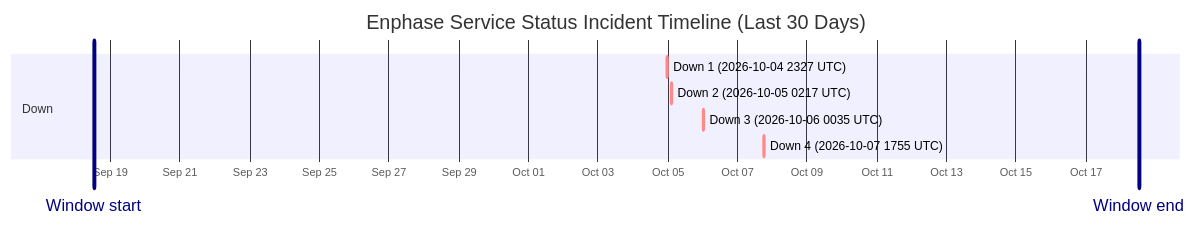
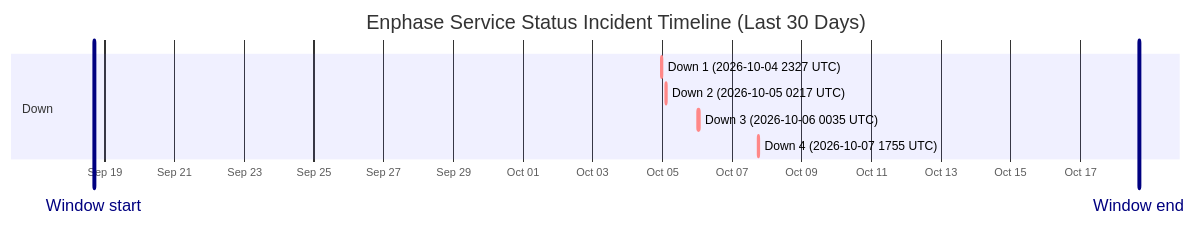
The diagram in wiki/Service-Status-History.md (barneyonline/ha-enphase-energy), drawn with Mermaid before and after one commit. The commit also changed other lines of this file and 3 other files, not shown here.

````diff
--- a/wiki/Service-Status-History.md
+++ b/wiki/Service-Status-History.md
@@ -14,13 +14,13 @@
 ```mermaid
 gantt
     title Enphase Service Status Incident Timeline (Last 30 Days)
     dateFormat  YYYY-MM-DDTHH:mm:ss
     axisFormat  %b %d
-    Window start :vert, window-start, 2026-09-18T12:42:39, 0ms
-    Window end :vert, window-end, 2026-10-18T12:42:39, 0ms
+    Window start :vert, window-start, 2026-09-18T16:21:15, 0ms
+    Window end :vert, window-end, 2026-10-18T16:21:15, 0ms
     section Down
     Down 1 (2026-10-04 2327 UTC) :crit, down-1, 2026-10-04T23:27:34, 60m
     Down 2 (2026-10-05 0217 UTC) :crit, down-2, 2026-10-05T02:17:30, 60m
     Down 3 (2026-10-06 0035 UTC) :crit, down-3, 2026-10-06T00:35:21, 60m
     Down 4 (2026-10-07 1755 UTC) :crit, down-4, 2026-10-07T17:55:16, 60m
 ```
````
